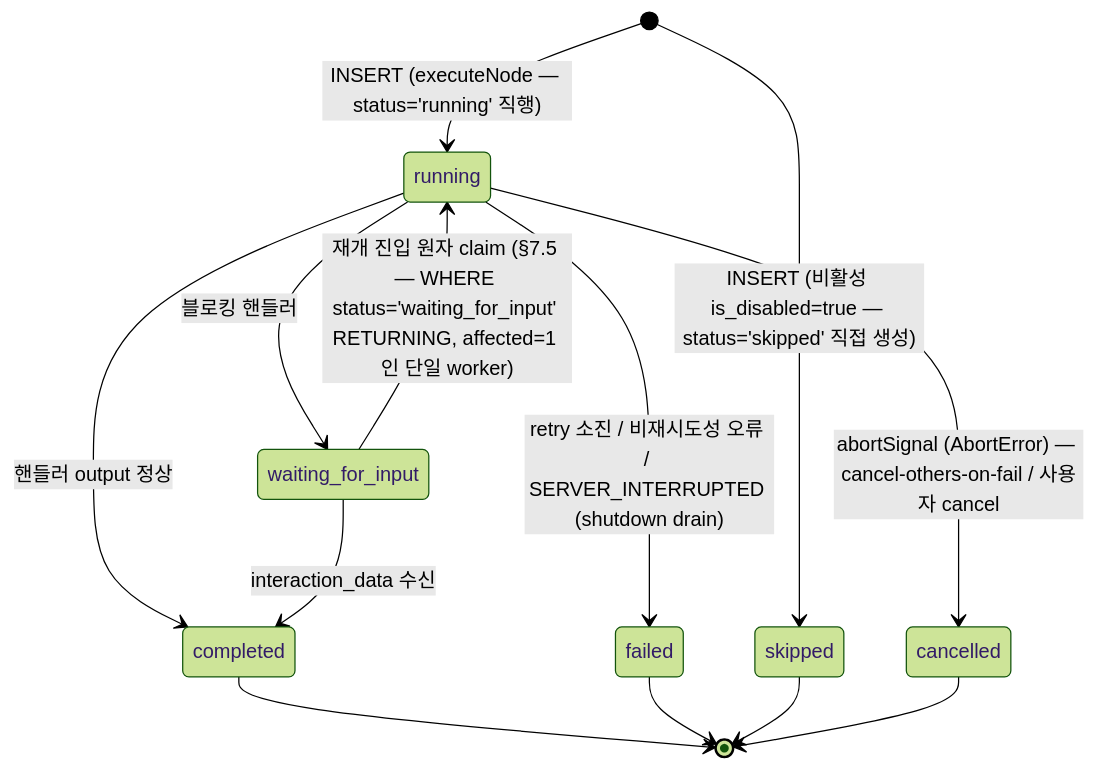
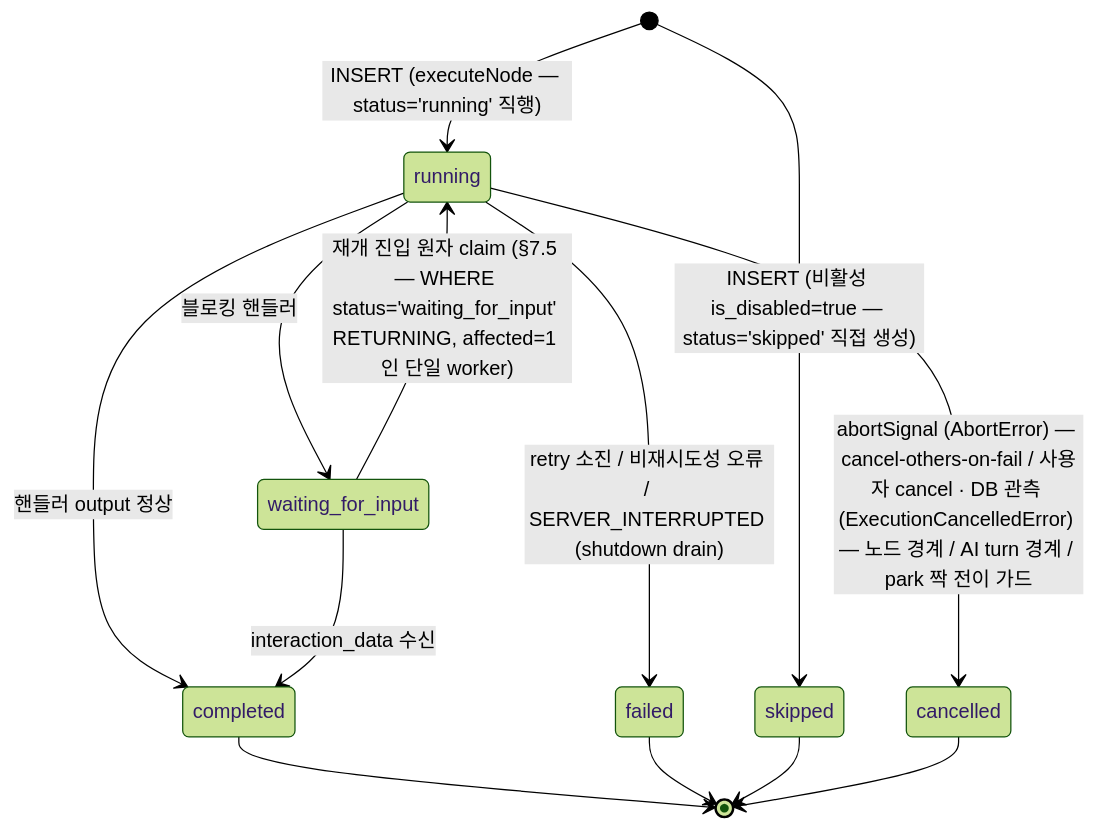
Before and after one commit to worker-ants/clemvion: the sixth of 6 diagrams in spec/data-flow/3-execution.md, drawn with Mermaid (forest theme). The commit also changed 8 other files, not shown here.

````diff
--- a/spec/data-flow/3-execution.md
+++ b/spec/data-flow/3-execution.md
@@ -273,15 +273,15 @@
 ```mermaid
 stateDiagram-v2
   [*] --> running: INSERT (executeNode — status='running' 직행)
   [*] --> skipped: INSERT (비활성 is_disabled=true — status='skipped' 직접 생성)
   running --> completed: 핸들러 output 정상
   running --> failed: retry 소진 / 비재시도성 오류 / SERVER_INTERRUPTED (shutdown drain)
   running --> waiting_for_input: 블로킹 핸들러
   waiting_for_input --> running: 재개 진입 원자 claim (§7.5 — WHERE status='waiting_for_input' RETURNING, affected=1 인 단일 worker)
   waiting_for_input --> completed: interaction_data 수신
-  running --> cancelled: abortSignal (AbortError) — cancel-others-on-fail / 사용자 cancel
+  running --> cancelled: abortSignal (AbortError) — cancel-others-on-fail / 사용자 cancel · DB 관측 (ExecutionCancelledError) — 노드 경계 / AI turn 경계 / park 짝 전이 가드
   completed --> [*]
   failed --> [*]
   skipped --> [*]
   cancelled --> [*]
 ```
````
